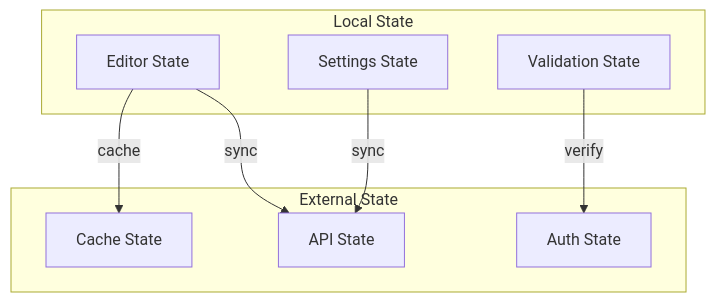
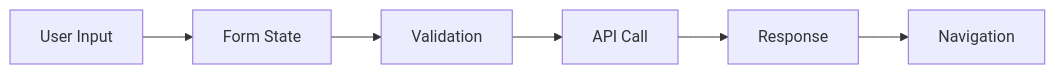
The second of 2 diagrams in components/dashboard/challenge-generator/DOCUMENTATION.md (julesmeister/testmanship_old), drawn with Mermaid before and after one commit. The commit also changed other lines of this file and 5 other files, not shown here.

````diff
--- a/components/dashboard/challenge-generator/DOCUMENTATION.md
+++ b/components/dashboard/challenge-generator/DOCUMENTATION.md
@@ -271,19 +240,8 @@
 ```mermaid
-graph TD
-    subgraph "Local State"
-        A[Editor State]
-        B[Settings State]
-        C[Validation State]
-    end
-    
-    subgraph "External State"
-        D[API State]
-        E[Auth State]
-        F[Cache State]
-    end
-    
-    A -->|sync| D
-    B -->|sync| D
-    C -->|verify| E
-    A -->|cache| F
+graph LR
+    A[User Input] --> B[Form State]
+    B --> C[Validation]
+    C --> D[API Call]
+    D --> E[Response]
+    E --> F[Navigation]
 ```
````
